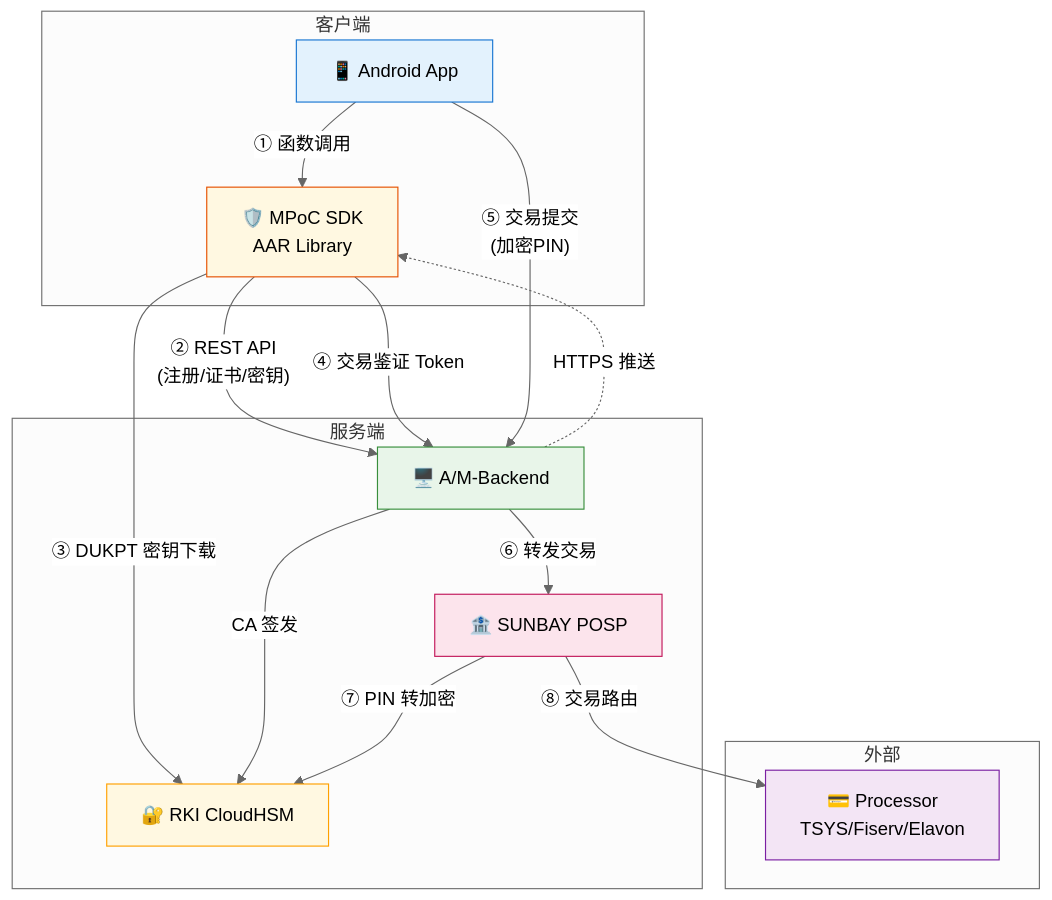
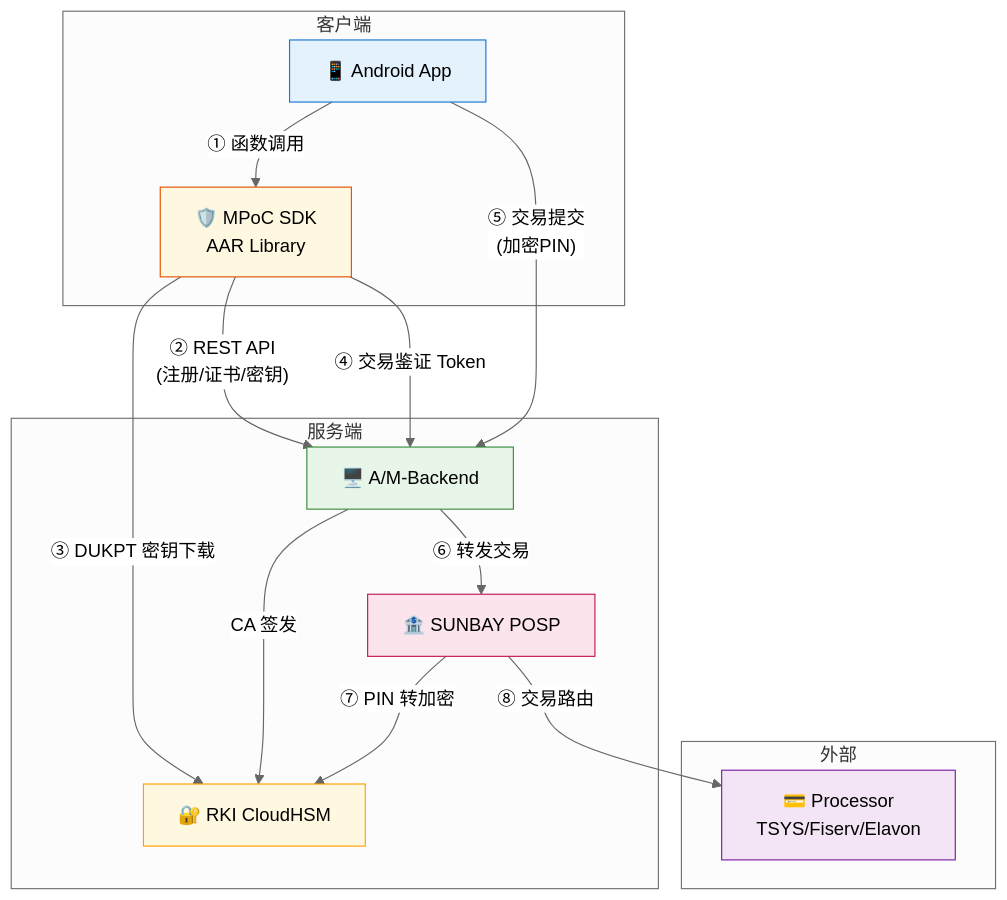
The first of 21 diagrams in solution/MPOC_SDK_API_GUIDE.md (kevinwangl/sunbay-softpos-docs), drawn with Mermaid (neutral theme) before and after one commit. The commit also changed other lines of this file, not shown here.

````diff
--- a/solution/MPOC_SDK_API_GUIDE.md
+++ b/solution/MPOC_SDK_API_GUIDE.md
@@ -72,36 +72,35 @@
 ```mermaid
 flowchart TB
     subgraph "客户端"
         App[📱 Android App]
         SDK[🛡️ MPoC SDK<br/>AAR Library]
     end
     
     subgraph "服务端"
         Backend[🖥️ A/M-Backend]
         POSP[🏦 SUNBAY POSP]
         HSM[🔐 RKI CloudHSM]
     end
     
     subgraph "外部"
         Processor[💳 Processor<br/>TSYS/Fiserv/Elavon]
     end
     
     App -->|"① 函数调用"| SDK
     SDK -->|"② REST API<br/>(注册/证书/密钥)"| Backend
     SDK -->|"③ DUKPT 密钥下载"| HSM
-    Backend -.->|HTTPS 推送| SDK
     Backend -->|CA 签发| HSM
     
     SDK -->|"④ 交易鉴证 Token"| Backend
     App -->|"⑤ 交易提交<br/>(加密PIN)"| Backend
     Backend -->|"⑥ 转发交易"| POSP
     POSP -->|"⑦ PIN 转加密"| HSM
     POSP -->|"⑧ 交易路由"| Processor
     
     style App fill:#e3f2fd,stroke:#1976d2
     style SDK fill:#fff8e1,stroke:#e65100
     style Backend fill:#e8f5e9,stroke:#388e3c
     style POSP fill:#fce4ec,stroke:#c2185b
     style HSM fill:#fff8e1,stroke:#ffa000
     style Processor fill:#f3e5f5,stroke:#7b1fa2
 ```
````
